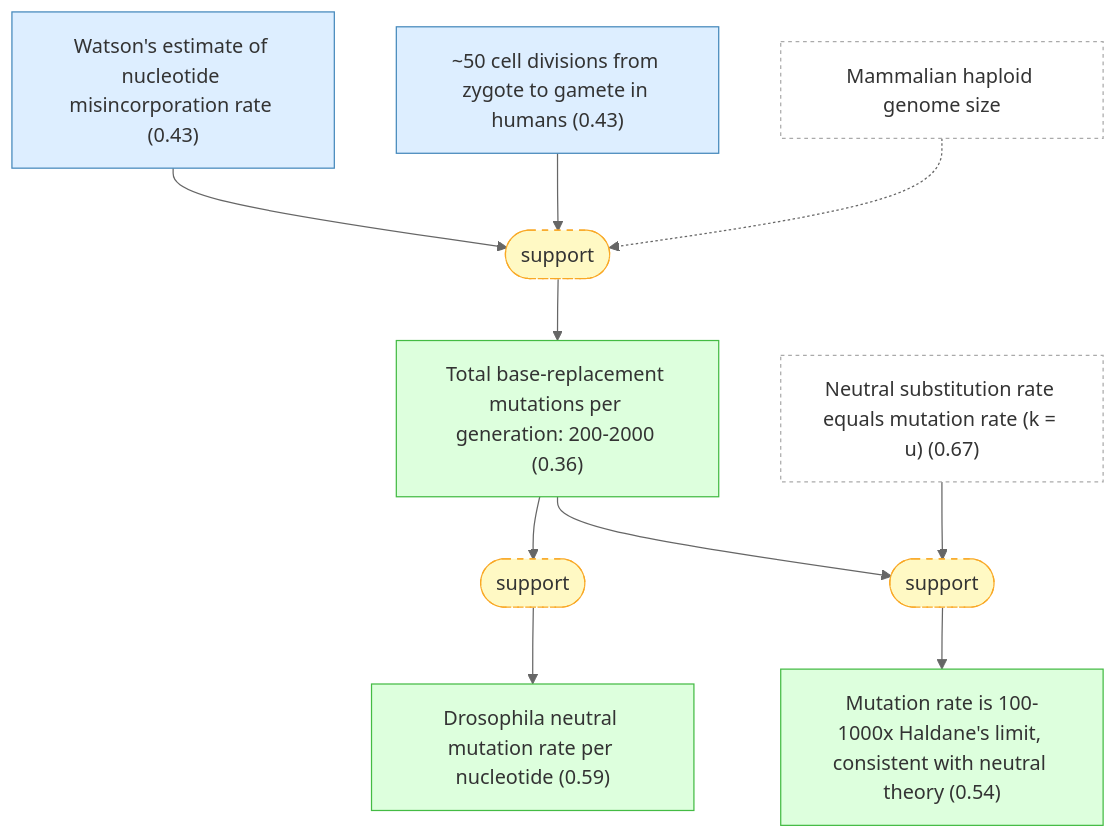
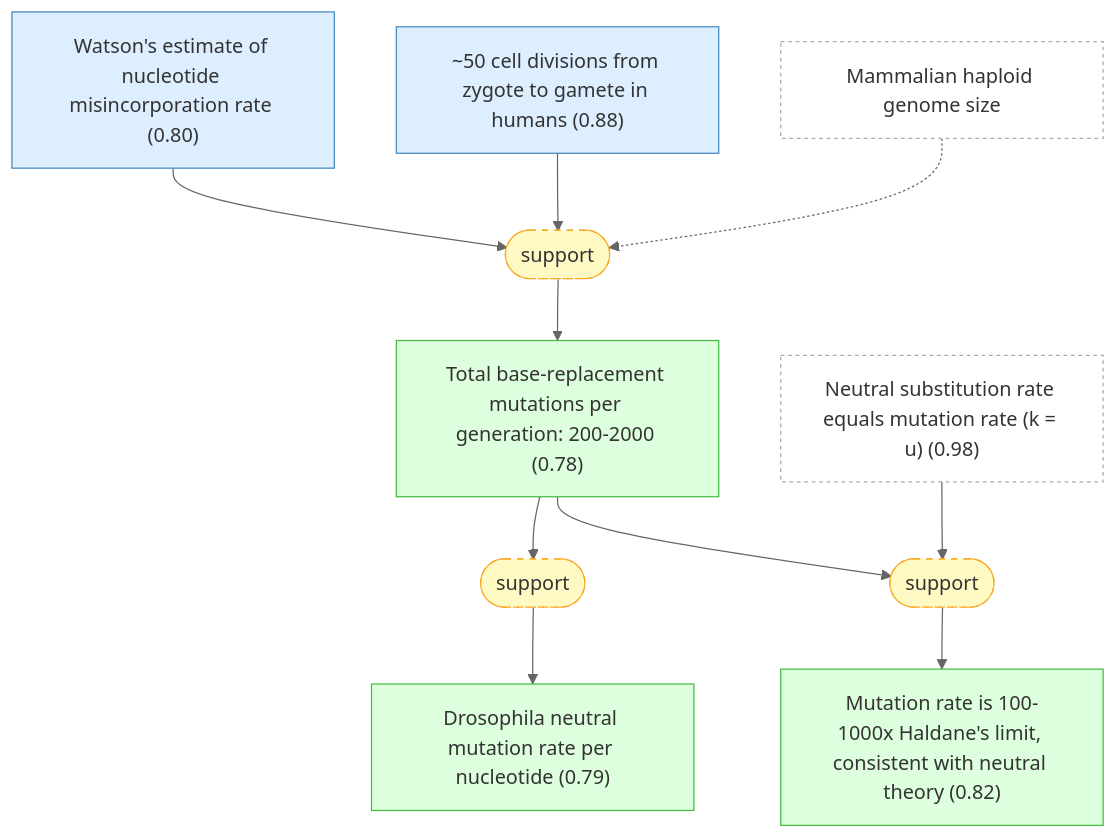
One commit to kunyuan/kimura-neutral-theory-gaia changed the fourth of 5 diagrams in docs/detailed-reasoning.md. Above: the diagram before and after it, drawn with Mermaid (neutral theme). The commit also changed other lines of this file and 41 other files, not shown here.

````diff
--- a/docs/detailed-reasoning.md
+++ b/docs/detailed-reasoning.md
@@ -429,32 +385,32 @@
 ```mermaid
 graph TD
     mammalian_genome_size["Mammalian haploid genome size"]:::external
-    neutral_substitution_formula["Neutral substitution rate equals mutation rate (k = u) (0.67)"]:::external
-    watson_mutation_rate["Watson's estimate of nucleotide misincorporation rate (0.43)"]:::premise
-    cell_divisions_to_gamete["~50 cell divisions from zygote to gamete in humans (0.43)"]:::premise
-    mammalian_mutation_rate_per_nucleotide["Total base-replacement mutations per generation: 200-2000 (0.36)"]:::derived
-    drosophila_mutation_rate["Drosophila neutral mutation rate per nucleotide (0.59)"]:::derived
-    neutral_rate_consistency["Mutation rate is 100-1000x Haldane's limit, consistent with neutral theory (0.54)"]:::derived
+    neutral_substitution_formula["Neutral substitution rate equals mutation rate (k = u) (0.98)"]:::external
+    watson_mutation_rate["Watson's estimate of nucleotide misincorporation rate (0.80)"]:::premise
+    cell_divisions_to_gamete["~50 cell divisions from zygote to gamete in humans (0.88)"]:::premise
+    mammalian_mutation_rate_per_nucleotide["Total base-replacement mutations per generation: 200-2000 (0.78)"]:::derived
+    drosophila_mutation_rate["Drosophila neutral mutation rate per nucleotide (0.79)"]:::derived
+    neutral_rate_consistency["Mutation rate is 100-1000x Haldane's limit, consistent with neutral theory (0.82)"]:::derived
+    strat_14(["support"]):::weak
+    watson_mutation_rate --> strat_14
+    cell_divisions_to_gamete --> strat_14
+    mammalian_genome_size -.-> strat_14
+    strat_14 --> mammalian_mutation_rate_per_nucleotide
+    strat_15(["support"]):::weak
+    mammalian_mutation_rate_per_nucleotide --> strat_15
+    strat_15 --> drosophila_mutation_rate
     strat_16(["support"]):::weak
-    watson_mutation_rate --> strat_16
-    cell_divisions_to_gamete --> strat_16
-    mammalian_genome_size -.-> strat_16
-    strat_16 --> mammalian_mutation_rate_per_nucleotide
-    strat_17(["support"]):::weak
-    mammalian_mutation_rate_per_nucleotide --> strat_17
-    strat_17 --> drosophila_mutation_rate
-    strat_18(["support"]):::weak
-    mammalian_mutation_rate_per_nucleotide --> strat_18
-    neutral_substitution_formula --> strat_18
-    strat_18 --> neutral_rate_consistency
+    mammalian_mutation_rate_per_nucleotide --> strat_16
+    neutral_substitution_formula --> strat_16
+    strat_16 --> neutral_rate_consistency
 
     classDef setting fill:#f0f0f0,stroke:#999,color:#333
     classDef premise fill:#ddeeff,stroke:#4488bb,color:#333
     classDef derived fill:#ddffdd,stroke:#44bb44,color:#333
     classDef question fill:#fff3dd,stroke:#cc9944,color:#333
     classDef background fill:#f5f5f5,stroke:#bbb,stroke-dasharray: 5 5,color:#333
     classDef orphan fill:#fff,stroke:#ccc,stroke-dasharray: 5 5,color:#333
     classDef external fill:#fff,stroke:#aaa,stroke-dasharray: 3 3,color:#333
     classDef weak fill:#fff9c4,stroke:#f9a825,stroke-dasharray: 5 5,color:#333
     classDef contra fill:#ffebee,stroke:#c62828,color:#333
 ```
````
